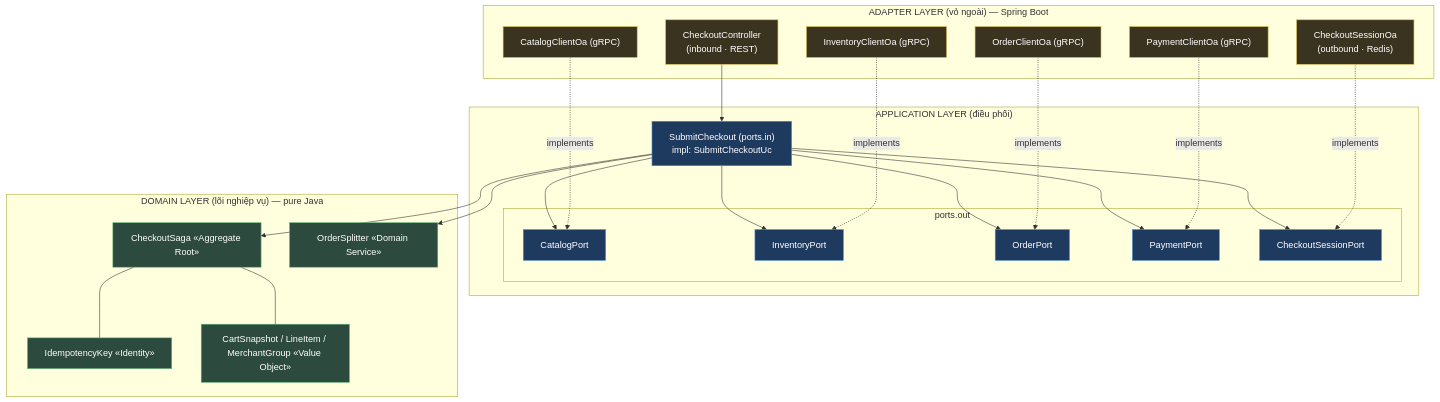
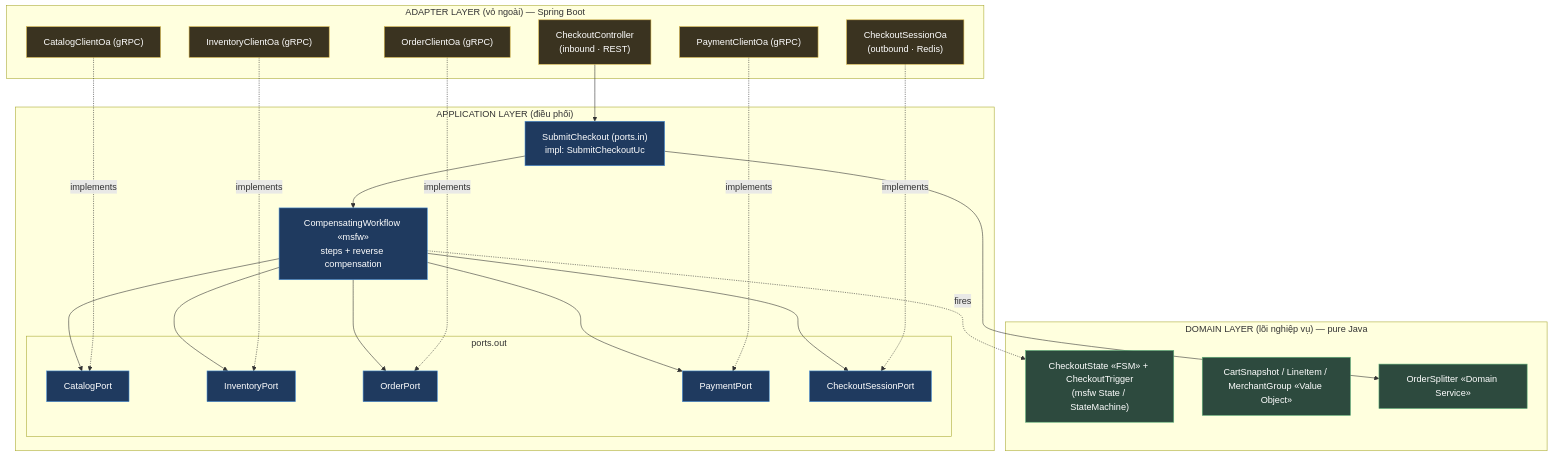
One commit to pmsbkhn/marketplace-aigen changed the second of 9 diagrams in docs/design/techspec/Checkout.md. Above: the diagram before and after it, drawn with Mermaid. The commit also changed other lines of this file, not shown here.

First line of the commit message:
docs(tech-spec): sync Checkout to CompensatingWorkflow + CheckoutState FSM

````diff
--- a/docs/design/techspec/Checkout.md
+++ b/docs/design/techspec/Checkout.md
@@ -94,41 +94,40 @@
 ```mermaid
 flowchart TB
   subgraph ADAPTER["ADAPTER LAYER (vỏ ngoài) — Spring Boot"]
     CTRL["CheckoutController<br/>(inbound · REST)"]:::ad
     SESS["CheckoutSessionOa<br/>(outbound · Redis)"]:::ad
     CATOA["CatalogClientOa (gRPC)"]:::ad
     INVOA["InventoryClientOa (gRPC)"]:::ad
     ORDOA["OrderClientOa (gRPC)"]:::ad
     PAYOA["PaymentClientOa (gRPC)"]:::ad
   end
   subgraph APP["APPLICATION LAYER (điều phối)"]
     UC["SubmitCheckout (ports.in)<br/>impl: SubmitCheckoutUc"]:::ap
+    WF["CompensatingWorkflow «msfw»<br/>steps + reverse compensation"]:::ap
     subgraph POUT["ports.out"]
       CATP["CatalogPort"]:::ap
       INVP["InventoryPort"]:::ap
       ORDP["OrderPort"]:::ap
       PAYP["PaymentPort"]:::ap
       SESSP["CheckoutSessionPort"]:::ap
     end
   end
   subgraph DOMAIN["DOMAIN LAYER (lõi nghiệp vụ) — pure Java"]
-    SAGA["CheckoutSaga «Aggregate Root»"]:::dm
-    IDK["IdempotencyKey «Identity»"]:::dm
+    FSM["CheckoutState «FSM» + CheckoutTrigger<br/>(msfw State / StateMachine)"]:::dm
     CART["CartSnapshot / LineItem / MerchantGroup «Value Object»"]:::dm
     SPLIT["OrderSplitter «Domain Service»"]:::dm
   end
   CTRL --> UC
-  UC --> CATP & INVP & ORDP & PAYP & SESSP
-  UC --> SAGA
+  UC --> WF
   UC --> SPLIT
-  SAGA --- IDK
-  SAGA --- CART
+  WF --> CATP & INVP & ORDP & PAYP & SESSP
+  WF -. fires .-> FSM
   CATOA -. implements .-> CATP
   INVOA -. implements .-> INVP
   ORDOA -. implements .-> ORDP
   PAYOA -. implements .-> PAYP
   SESS -. implements .-> SESSP
   classDef ad fill:#3a3320,stroke:#d9b84a,color:#fff;
   classDef ap fill:#1f3a5f,stroke:#4a90d9,color:#fff;
   classDef dm fill:#2d4a3e,stroke:#5fb37a,color:#fff;
 ```
````
